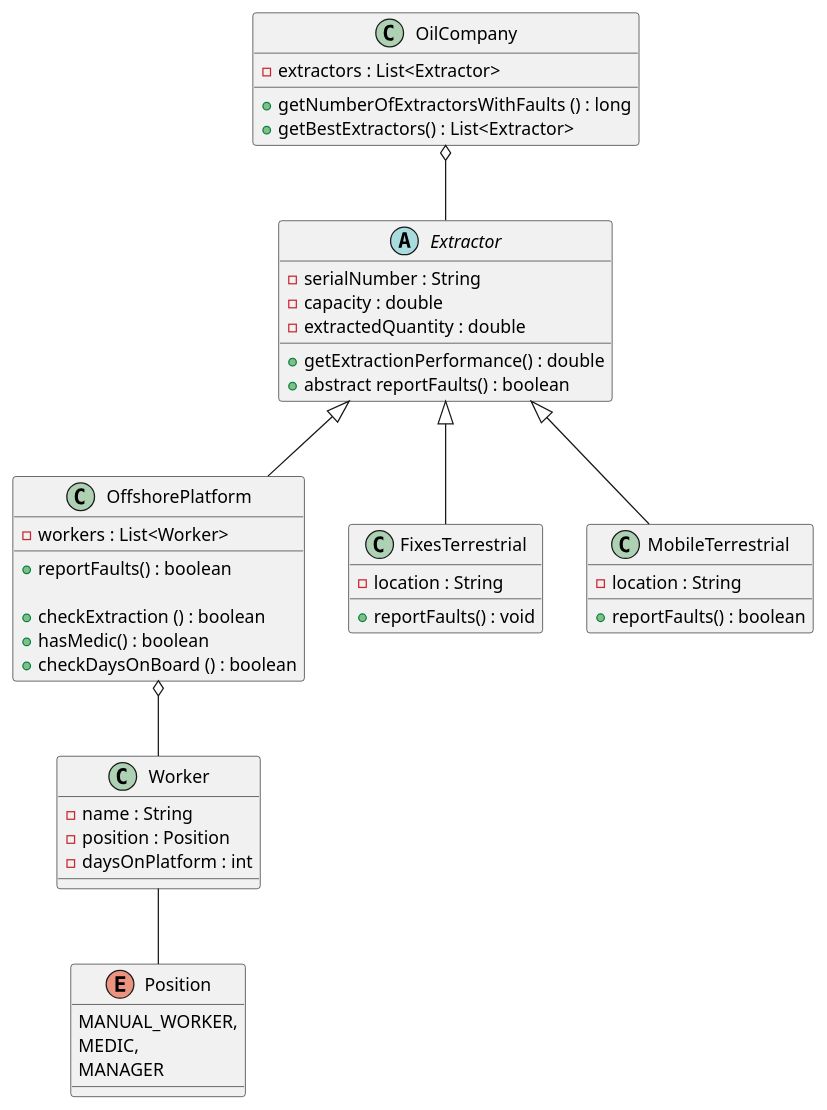
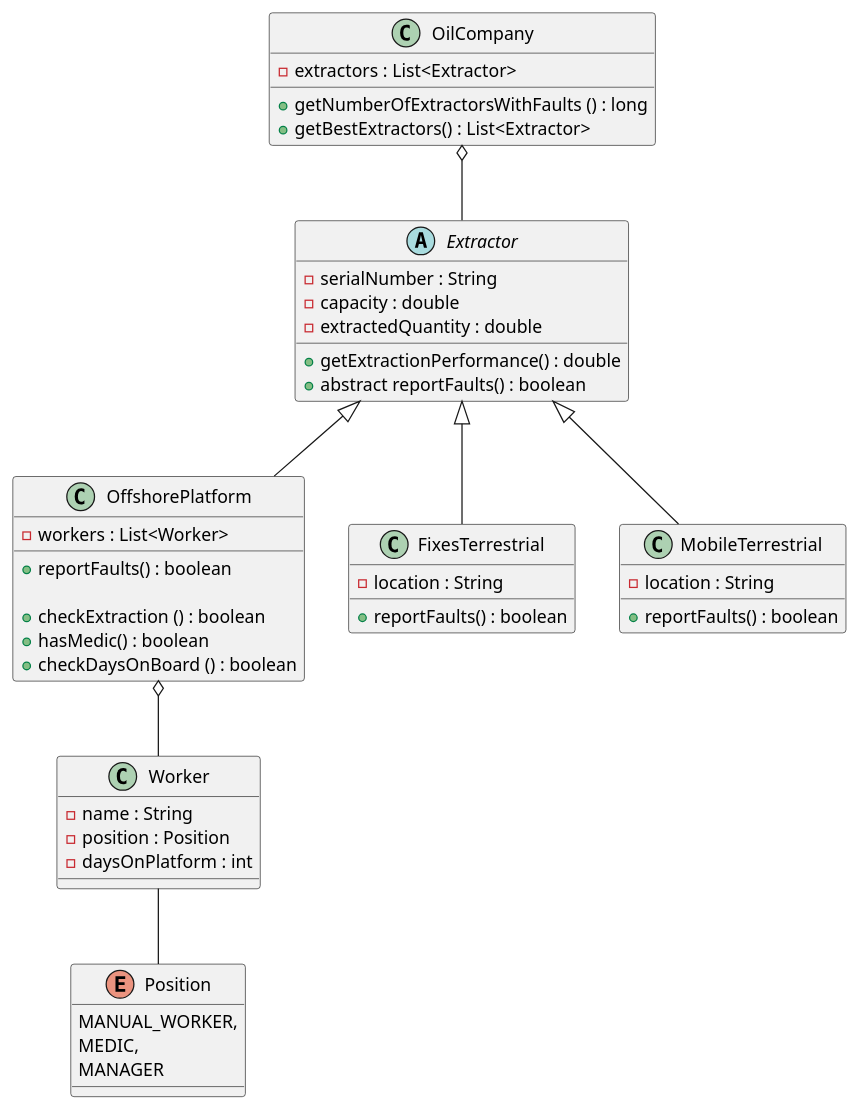
One commit to madalinagrama/oopOilFactoryPa changed the diagram in uml.puml. Above: the diagram before and after it, drawn with PlantUML. The commit also changed 1 other file, not shown here.

```diff
--- a/uml.puml
+++ b/uml.puml
@@ -1,63 +1,63 @@
 @startuml
 
 OffshorePlatform o-- Worker
 OilCompany o-- Extractor
 Worker -- Position
 
 class OilCompany {
 - extractors : List<Extractor>
 
 + getNumberOfExtractorsWithFaults () : long
 + getBestExtractors() : List<Extractor>
 
 }
 
 abstract class Extractor {
 - serialNumber : String
 - capacity : double
 - extractedQuantity : double
 
 + getExtractionPerformance() : double
 + abstract reportFaults() : boolean
 }
 
 class FixesTerrestrial extends Extractor {
 - location : String
 
-+ reportFaults() : void
++ reportFaults() : boolean
 }
 
 class MobileTerrestrial extends Extractor {
 - location : String
 
 + reportFaults() : boolean
 }
 
 class OffshorePlatform extends Extractor {
 - workers : List<Worker>
 
 + reportFaults() : boolean
 
 + checkExtraction () : boolean
 + hasMedic() : boolean
 + checkDaysOnBoard () : boolean
 }
 
 class Worker {
 - name : String
 - position : Position
 - daysOnPlatform : int
 
 
 }
 
 enum Position {
 MANUAL_WORKER,
 MEDIC,
 MANAGER
 }
 
 
 
 
 @enduml
```
